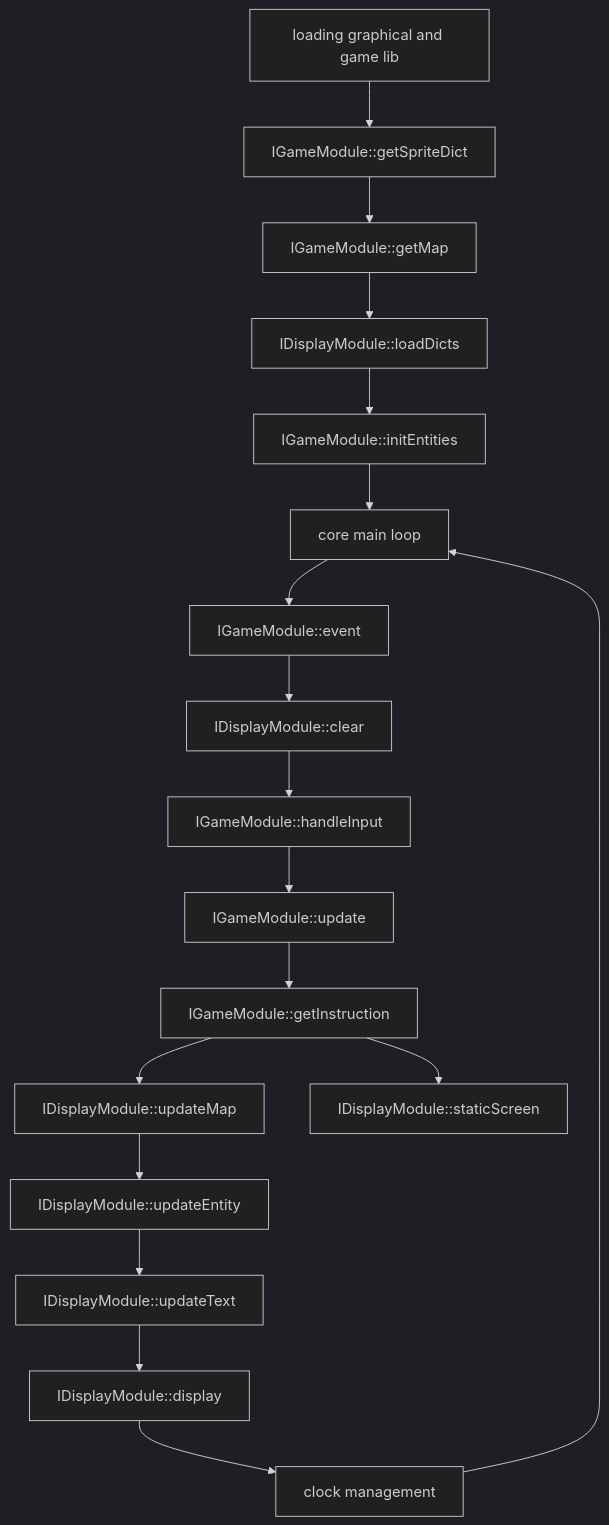
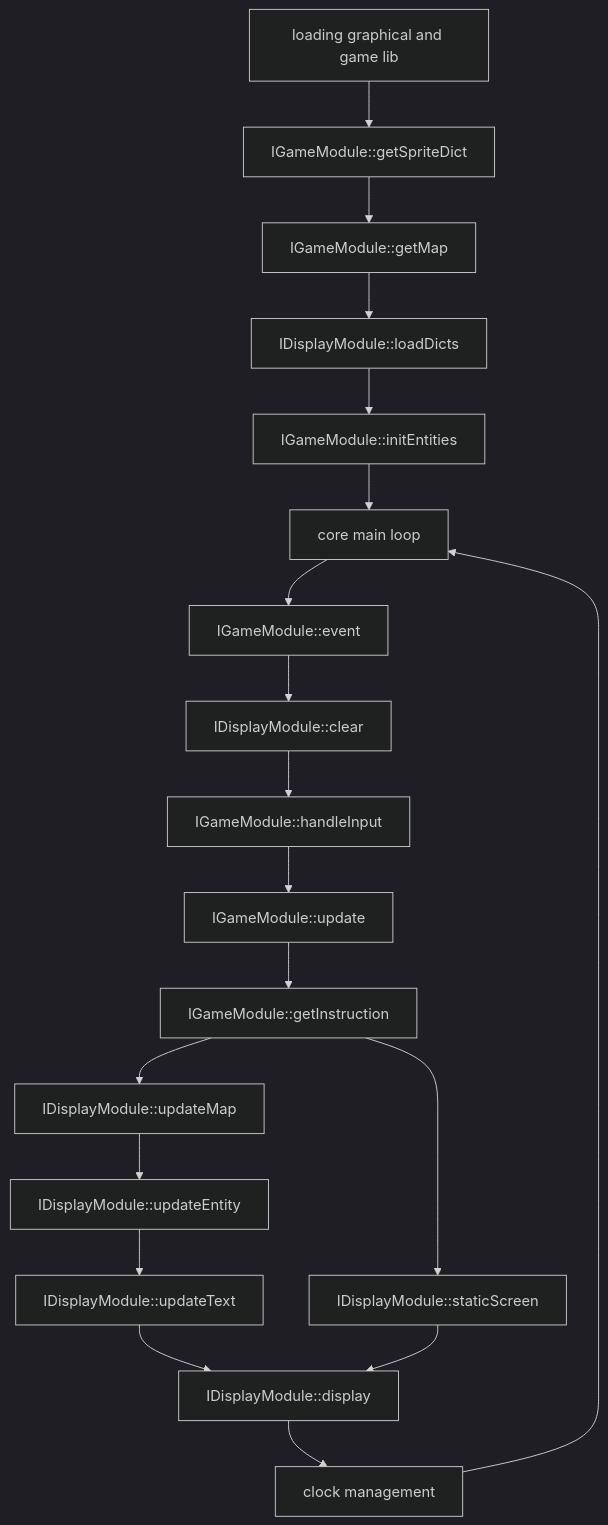
The third of 3 diagrams in ReadMe.md (ASM-Studios/ArcadeInterfaces), drawn with Mermaid (dark theme) before and after one commit.

Commit message:
[FIX] schema for general functionnement

````diff
--- a/ReadMe.md
+++ b/ReadMe.md
@@ -471,21 +471,22 @@
 ```mermaid
   graph TD;
     A[loading graphical and game lib] --> B[IGameModule::getSpriteDict]
     B --> C[IGameModule::getMap];
     C --> D[IDisplayModule::loadDicts];
     D --> E[IGameModule::initEntities];
     E --> F[core main loop];
     F --> G[IGameModule::event];
     G --> H[IDisplayModule::clear];
     H --> I[IGameModule::handleInput];
     I --> J[IGameModule::update];
     J --> K[IGameModule::getInstruction];
     K --> L[IDisplayModule::updateMap];
     L --> M[IDisplayModule::updateEntity];
     M --> N[IDisplayModule::updateText];
     K --> O[IDisplayModule::staticScreen];
     N --> P[IDisplayModule::display];
+    O --> P
     P --> Q[clock management];
     Q --> F;
 
 ```
````
